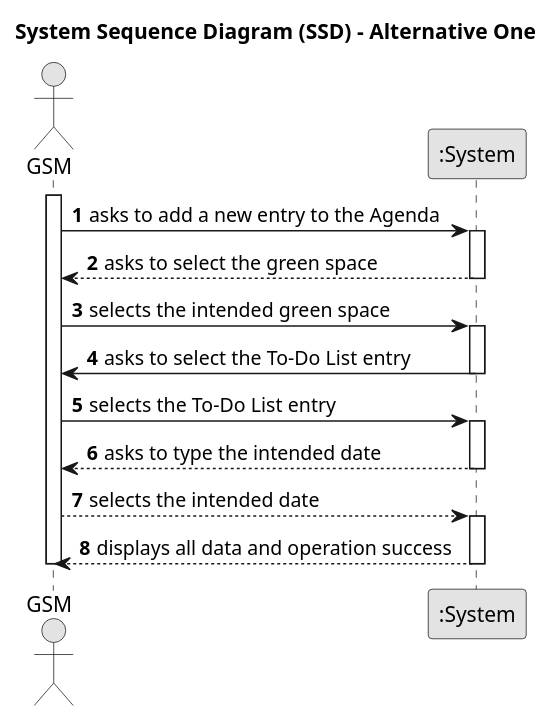
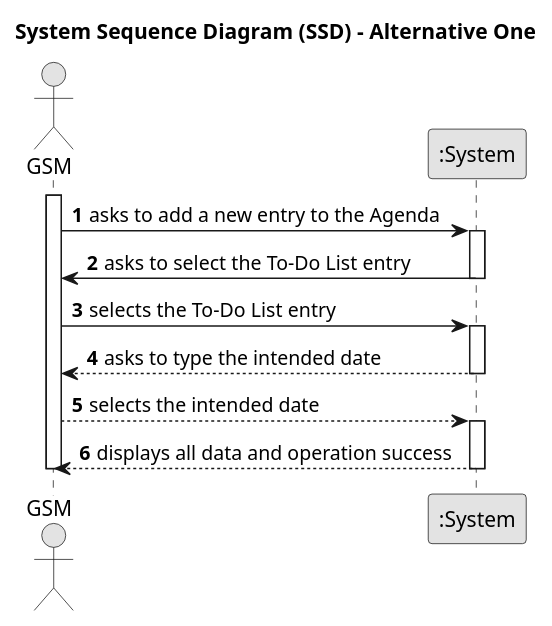
The diagram in docs/SprintC/us022/01.requirements-engineering/puml/us022-system-sequence-diagram-alternative-one.puml (Departamento-de-Engenharia-Informatica/lei-24-s2-1df-1de-g063), drawn with PlantUML before and after one commit. The commit also changed 9 other files, not shown here.

Commit message:
US22 class diagram and US 20 class + sd and java fx us 20 and 21

```diff
--- a/docs/SprintC/us022/01.requirements-engineering/puml/us022-system-sequence-diagram-alternative-one.puml
+++ b/docs/SprintC/us022/01.requirements-engineering/puml/us022-system-sequence-diagram-alternative-one.puml
@@ -1,30 +1,26 @@
 @startuml
 skinparam monochrome true
 skinparam packageStyle rectangle
 skinparam shadowing false
 
 title System Sequence Diagram (SSD) - Alternative One
 
 autonumber
 
 actor "GSM" as GSM
 participant ":System" as System
 activate GSM
     GSM -> System : asks to add a new entry to the Agenda
     activate System
-        System --> GSM : asks to select the green space
-        deactivate System
-    GSM -> System : selects the intended green space
-    activate System
         System -> GSM : asks to select the To-Do List entry
         deactivate System
     GSM -> System : selects the To-Do List entry
     activate System
     System --> GSM : asks to type the intended date
         deactivate System
     GSM --> System : selects the intended date
     activate System
-           System --> GSM : displays all data and operation success
-           deactivate System
+        System --> GSM : displays all data and operation success
+        deactivate System
 deactivate GSM
 @enduml
```
